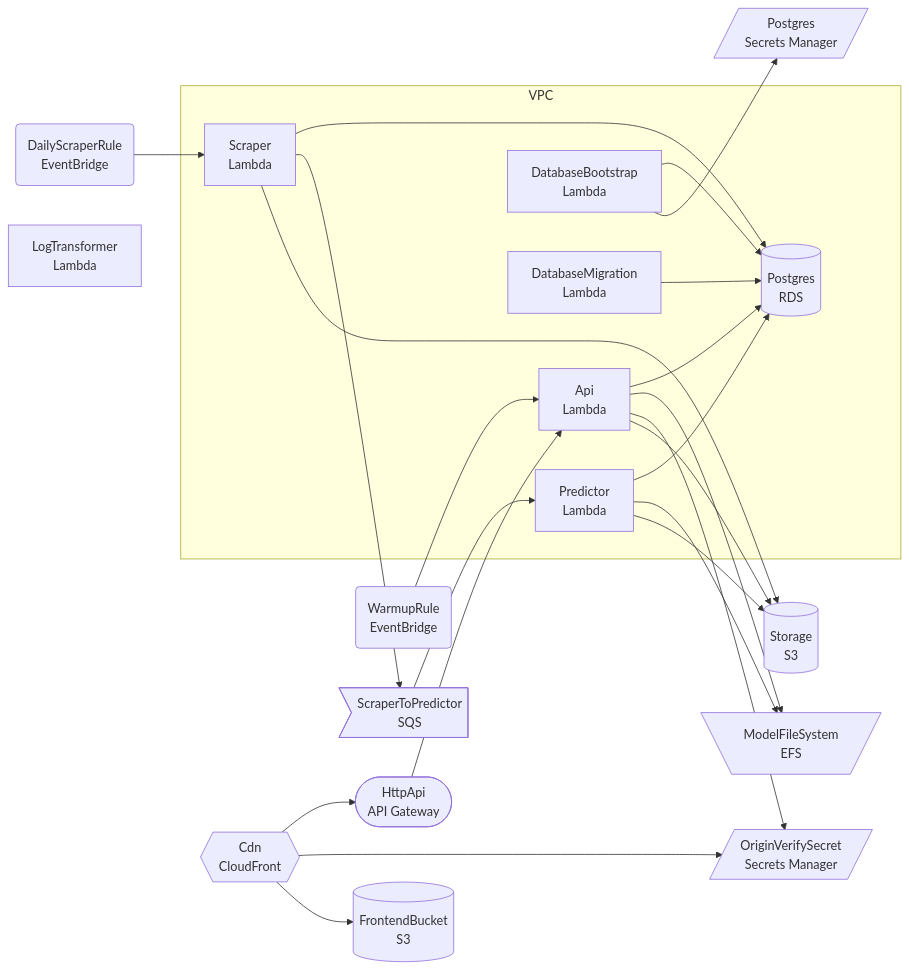
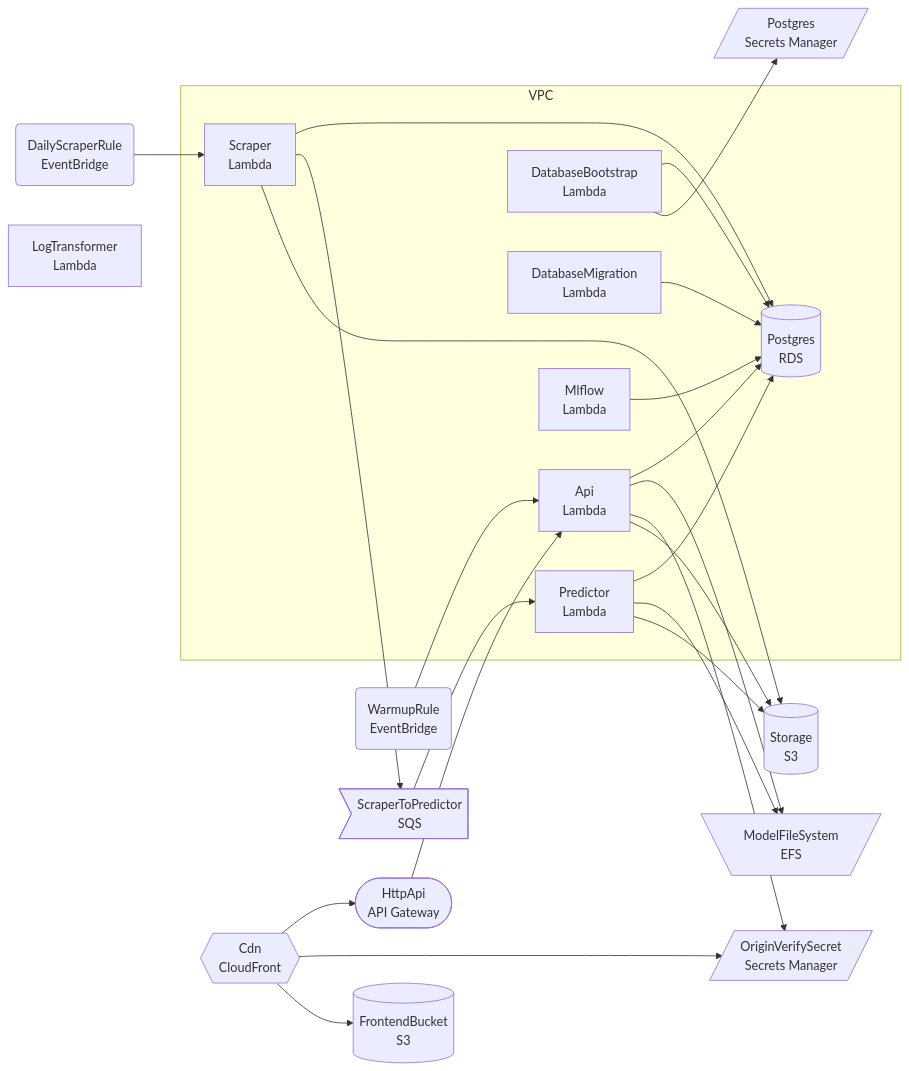
The first of 2 diagrams in README.md (dagda1/match-predictor), drawn with Mermaid before and after one commit. The commit also changed 7 other files, not shown here.

Commit message:
chore: add MLflow database user with CREATEDB and RDS IAM permissions, create Mlflow CDK construct, and grant mlflow_migrator role to current user in bootstrap script

````diff
--- a/README.md
+++ b/README.md
@@ -95,42 +95,44 @@
 ```mermaid
 graph LR
   subgraph VPC
     ApiApiFunctionAA82C666["Api<br/>Lambda"]
     DatabaseBootstrapHandlerFunction53F1278C["DatabaseBootstrap<br/>Lambda"]
     DatabaseMigrationHandlerFunction71FE854B["DatabaseMigration<br/>Lambda"]
     DatabasePostgres277EF4CB[("Postgres<br/>RDS")]
     EtlFunctionsPredictorFunctionE33E3D43["Predictor<br/>Lambda"]
     EtlFunctionsScraperFunctionF099BA00["Scraper<br/>Lambda"]
+    MlflowHandlerFunction89C90A9C["Mlflow<br/>Lambda"]
   end
   ApiHttpApi4C294DC0(["HttpApi<br/>API Gateway"])
   ApiWarmupRuleFD0BC37F("WarmupRule<br/>EventBridge")
   CdnDistribution149FA6C8{{"Cdn<br/>CloudFront"}}
   DatabasePostgresSecret6EBE3413[/"Postgres<br/>Secrets Manager"/]
   EventBridgeDailyScraperRule9BFD8304("DailyScraperRule<br/>EventBridge")
   FirehoseFunctionsLogTransformerFunctionE1614C32["LogTransformer<br/>Lambda"]
   ModelStorageModelFileSystem7131CD34[\"ModelFileSystem<br/>EFS"/]
   QueuingScraperToPredictor12C65B00>"ScraperToPredictor<br/>SQS"]
   SecretsOriginVerifySecret2207D00B[/"OriginVerifySecret<br/>Secrets Manager"/]
   StorageBucket5CB7C8EA[("Storage<br/>S3")]
   StorageFrontendBucketC065FEEF[("FrontendBucket<br/>S3")]
   ApiApiFunctionAA82C666 --> DatabasePostgres277EF4CB
   ApiApiFunctionAA82C666 --> ModelStorageModelFileSystem7131CD34
   ApiApiFunctionAA82C666 --> SecretsOriginVerifySecret2207D00B
   ApiApiFunctionAA82C666 --> StorageBucket5CB7C8EA
   ApiHttpApi4C294DC0 --> ApiApiFunctionAA82C666
   ApiWarmupRuleFD0BC37F --> ApiApiFunctionAA82C666
   CdnDistribution149FA6C8 --> ApiHttpApi4C294DC0
   CdnDistribution149FA6C8 --> SecretsOriginVerifySecret2207D00B
   CdnDistribution149FA6C8 --> StorageFrontendBucketC065FEEF
   DatabaseBootstrapHandlerFunction53F1278C --> DatabasePostgres277EF4CB
   DatabaseBootstrapHandlerFunction53F1278C --> DatabasePostgresSecret6EBE3413
   DatabaseMigrationHandlerFunction71FE854B --> DatabasePostgres277EF4CB
   EtlFunctionsPredictorFunctionE33E3D43 --> DatabasePostgres277EF4CB
   EtlFunctionsPredictorFunctionE33E3D43 --> ModelStorageModelFileSystem7131CD34
   EtlFunctionsPredictorFunctionE33E3D43 --> StorageBucket5CB7C8EA
   EtlFunctionsScraperFunctionF099BA00 --> DatabasePostgres277EF4CB
   EtlFunctionsScraperFunctionF099BA00 --> QueuingScraperToPredictor12C65B00
   EtlFunctionsScraperFunctionF099BA00 --> StorageBucket5CB7C8EA
   EventBridgeDailyScraperRule9BFD8304 --> EtlFunctionsScraperFunctionF099BA00
+  MlflowHandlerFunction89C90A9C --> DatabasePostgres277EF4CB
   QueuingScraperToPredictor12C65B00 --> EtlFunctionsPredictorFunctionE33E3D43
 ```
````
